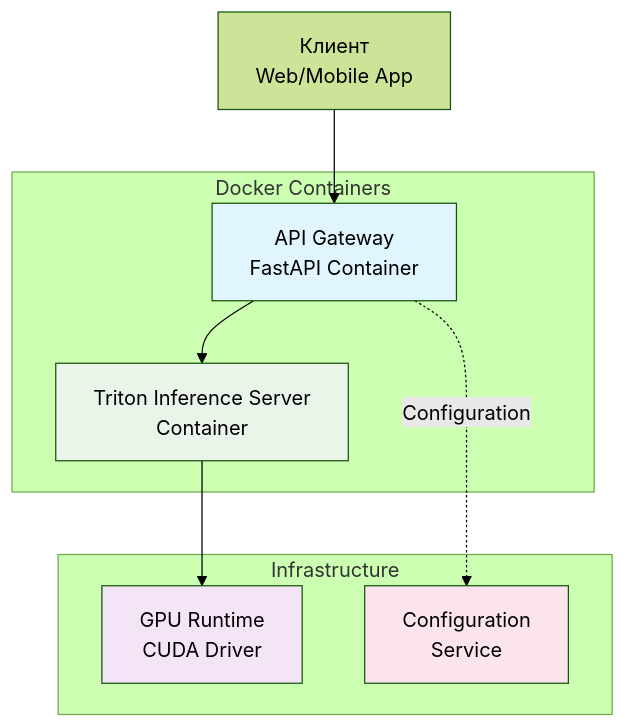
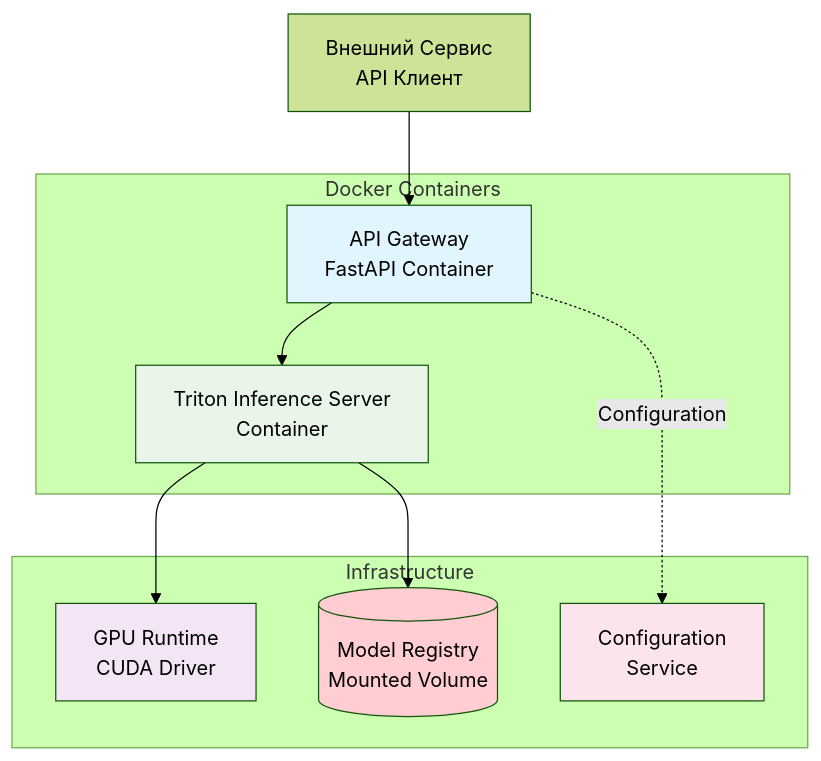
One commit to medphisiker/tbank_logo_detector changed the second of 5 diagrams in service/README.md. Above: the diagram before and after it, drawn with Mermaid (forest theme). The commit also changed other lines of this file and 1 other file, not shown here.

````diff
--- a/service/README.md
+++ b/service/README.md
@@ -96,25 +96,28 @@
 ```mermaid
 graph TB
-    Client[Клиент<br/>Web/Mobile App] --> API[API Gateway<br/>FastAPI Container]
+    Client[Внешний Сервис<br/>API Клиент] --> API[API Gateway<br/>FastAPI Container]
 
     API --> Triton[Triton Inference Server<br/>Container]
 
     Triton --> GPU[GPU Runtime<br/>CUDA Driver]
+    Triton --> Registry[(Model Registry<br/>Mounted Volume)]
 
     API -.->|Configuration| Config[Configuration<br/>Service]
 
     subgraph "Docker Containers"
         API
         Triton
     end
 
     subgraph "Infrastructure"
         GPU
+        Registry
         Config
     end
 
     style API fill:#e1f5fe
     style Triton fill:#e8f5e8
     style GPU fill:#f3e5f5
+    style Registry fill:#ffcdd2
     style Config fill:#fce4ec
 ```
````
